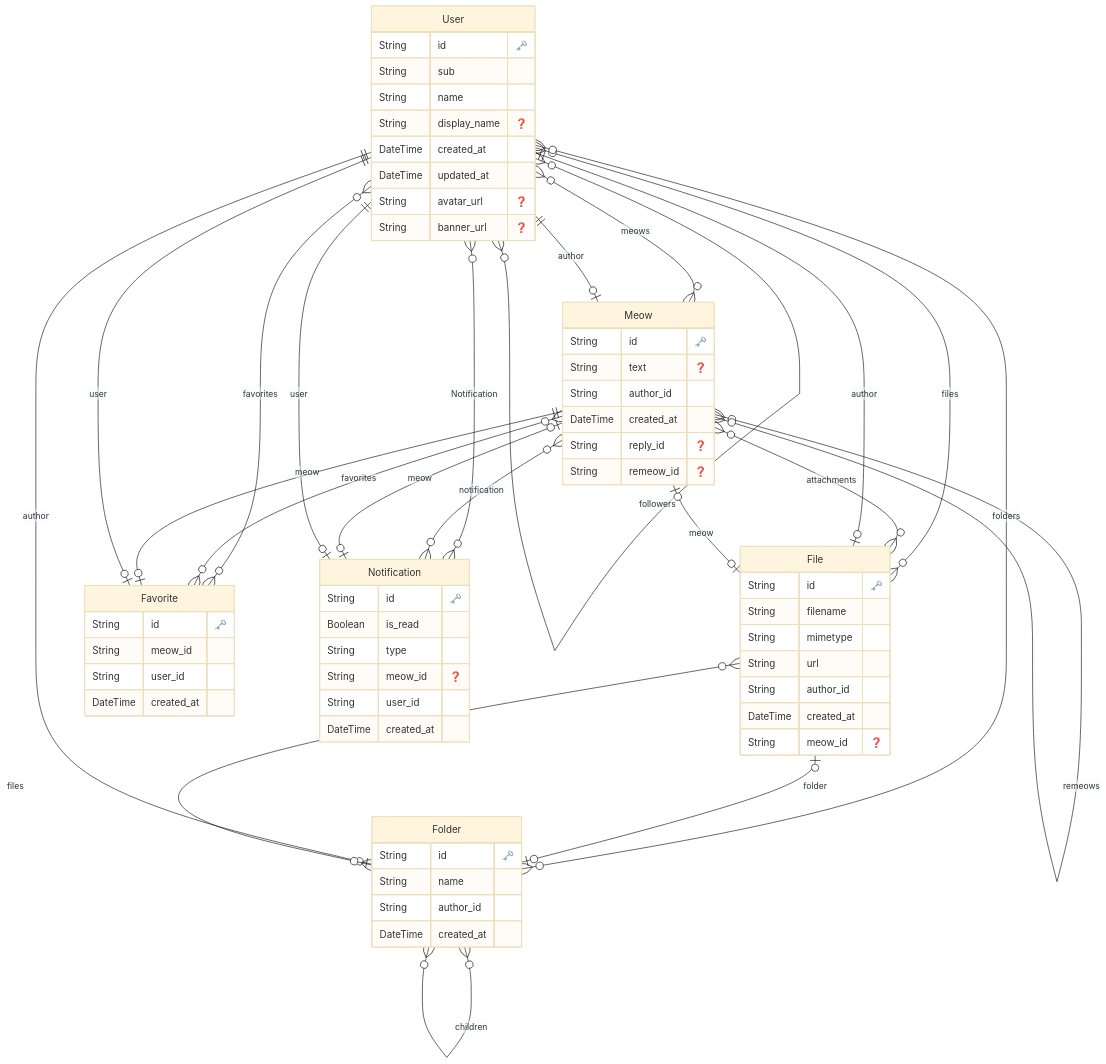
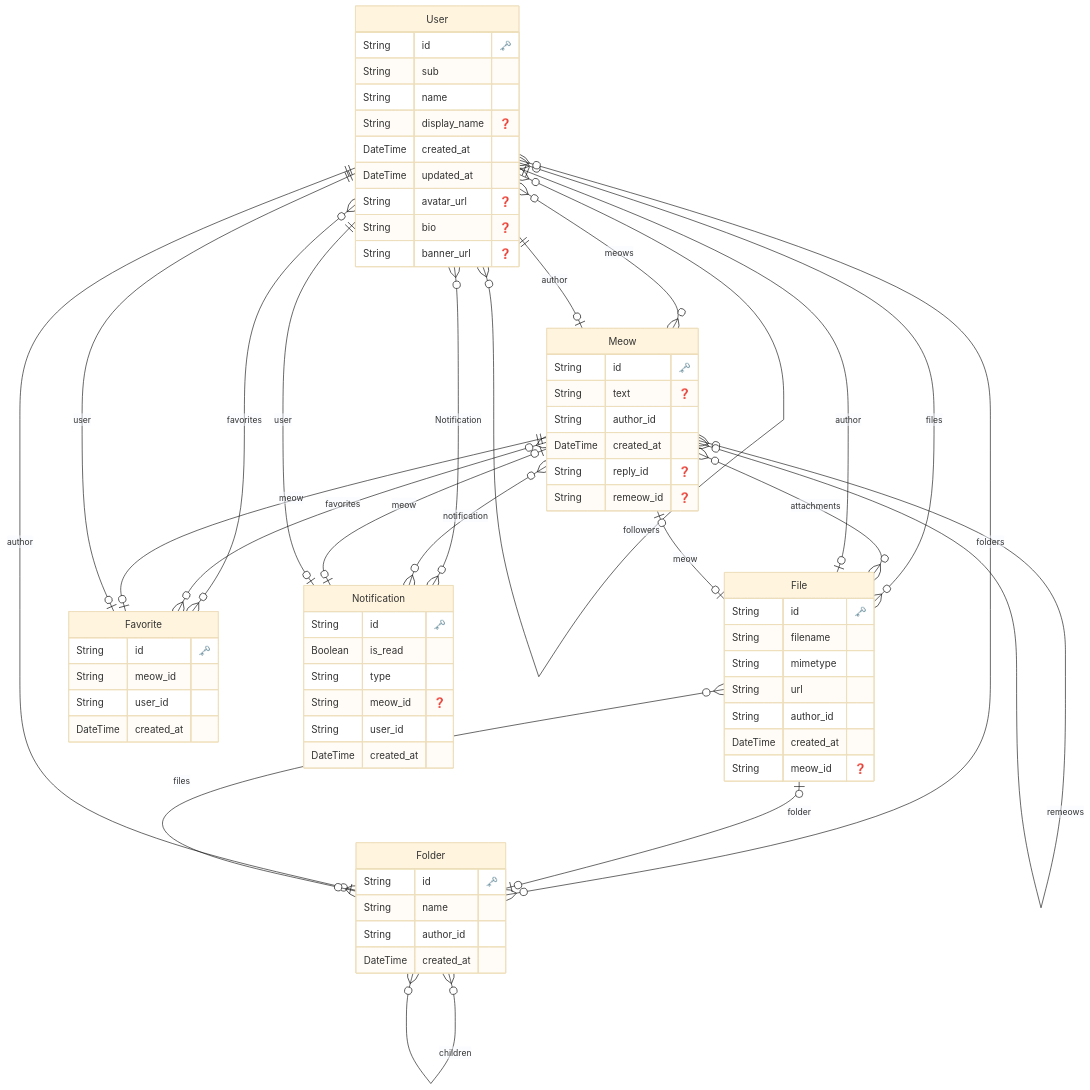
Before and after one commit to yupix/Catmos: the diagram in prisma/scheme.md, drawn with Mermaid (base theme). The commit also changed 1 other file, not shown here.

Commit message:
feat: ユーザーモデルにbioフィールドを追加

```diff
--- a/prisma/scheme.md
+++ b/prisma/scheme.md
@@ -9,6 +9,7 @@
     DateTime created_at 
     DateTime updated_at 
     String avatar_url "❓"
+    String bio "❓"
     String banner_url "❓"
     }
   
```
